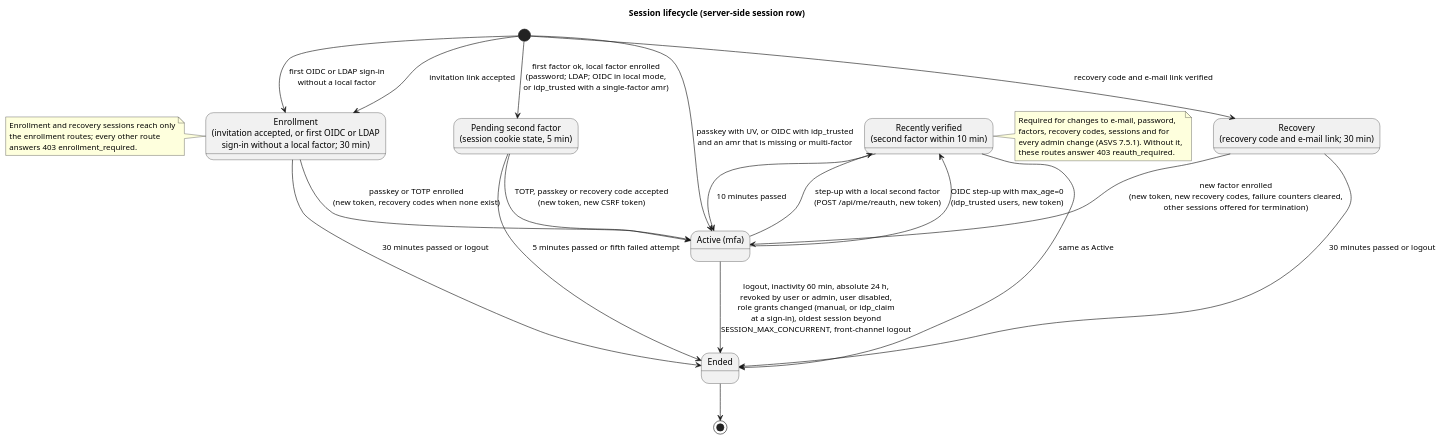
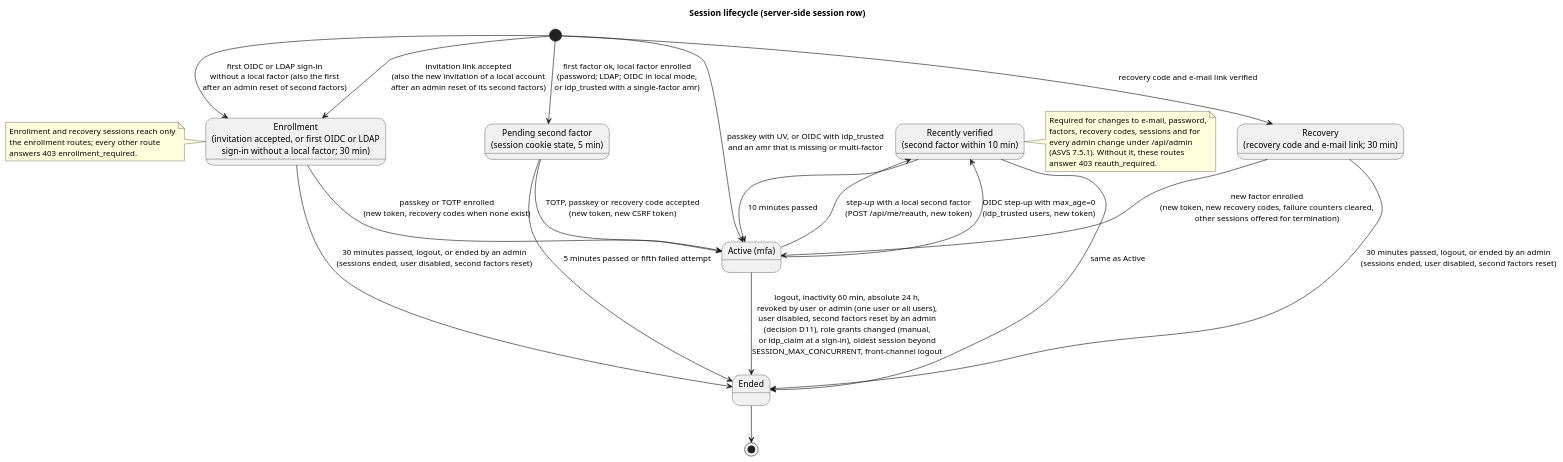
One commit to HelrenPDM/espalier changed the diagram in docs/architecture/session-lifecycle.puml. Above: the diagram before and after it, drawn with PlantUML. The commit also changed 182 other files, not shown here.

```diff
--- a/docs/architecture/session-lifecycle.puml
+++ b/docs/architecture/session-lifecycle.puml
@@ -1,42 +1,43 @@
 @startuml session-lifecycle
 title Session lifecycle (server-side session row)
 skinparam shadowing false
 
 state "Pending second factor\n(session cookie state, 5 min)" as Pending
 state "Enrollment\n(invitation accepted, or first OIDC or LDAP\nsign-in without a local factor; 30 min)" as Enrollment
 state "Recovery\n(recovery code and e-mail link; 30 min)" as Recovery
 state "Active (mfa)" as Active
 state "Recently verified\n(second factor within 10 min)" as Recent
 state "Ended" as Ended
 
 [*] --> Pending : first factor ok, local factor enrolled\n(password; LDAP; OIDC in local mode,\nor idp_trusted with a single-factor amr)
 [*] --> Active : passkey with UV, or OIDC with idp_trusted\nand an amr that is missing or multi-factor
-[*] --> Enrollment : invitation link accepted
-[*] --> Enrollment : first OIDC or LDAP sign-in\nwithout a local factor
+[*] --> Enrollment : invitation link accepted\n(also the new invitation of a local account\nafter an admin reset of its second factors)
+[*] --> Enrollment : first OIDC or LDAP sign-in\nwithout a local factor (also the first\nafter an admin reset of second factors)
 [*] --> Recovery : recovery code and e-mail link verified
 Pending --> Active : TOTP, passkey or recovery code accepted\n(new token, new CSRF token)
 Pending --> Ended : 5 minutes passed or fifth failed attempt
 Enrollment --> Active : passkey or TOTP enrolled\n(new token, recovery codes when none exist)
 Recovery --> Active : new factor enrolled\n(new token, new recovery codes, failure counters cleared,\nother sessions offered for termination)
 Active --> Recent : step-up with a local second factor\n(POST /api/me/reauth, new token)
 Active --> Recent : OIDC step-up with max_age=0\n(idp_trusted users, new token)
 Recent --> Active : 10 minutes passed
-Active --> Ended : logout, inactivity 60 min, absolute 24 h,\nrevoked by user or admin, user disabled,\nrole grants changed (manual, or idp_claim\nat a sign-in), oldest session beyond\nSESSION_MAX_CONCURRENT, front-channel logout
+Active --> Ended : logout, inactivity 60 min, absolute 24 h,\nrevoked by user or admin (one user or all users),\nuser disabled, second factors reset by an admin\n(decision D11), role grants changed (manual,\nor idp_claim at a sign-in), oldest session beyond\nSESSION_MAX_CONCURRENT, front-channel logout
 Recent --> Ended : same as Active
-Enrollment --> Ended : 30 minutes passed or logout
-Recovery --> Ended : 30 minutes passed or logout
+Enrollment --> Ended : 30 minutes passed, logout, or ended by an admin\n(sessions ended, user disabled, second factors reset)
+Recovery --> Ended : 30 minutes passed, logout, or ended by an admin\n(sessions ended, user disabled, second factors reset)
 Ended --> [*]
 
 note right of Recent
   Required for changes to e-mail, password,
   factors, recovery codes, sessions and for
-  every admin change (ASVS 7.5.1). Without it,
-  these routes answer 403 reauth_required.
+  every admin change under /api/admin
+  (ASVS 7.5.1). Without it, these routes
+  answer 403 reauth_required.
 end note
 
 note left of Enrollment
   Enrollment and recovery sessions reach only
   the enrollment routes; every other route
   answers 403 enrollment_required.
 end note
 @enduml
```
